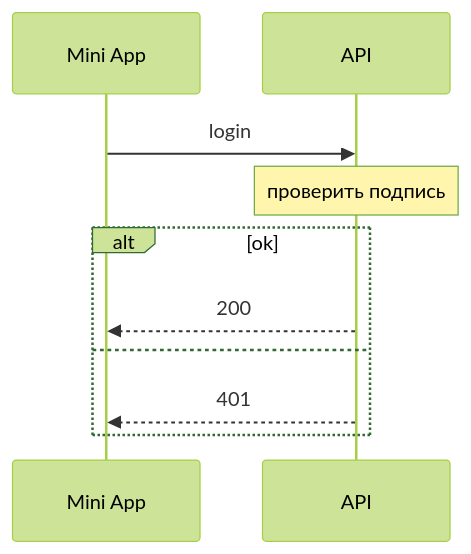
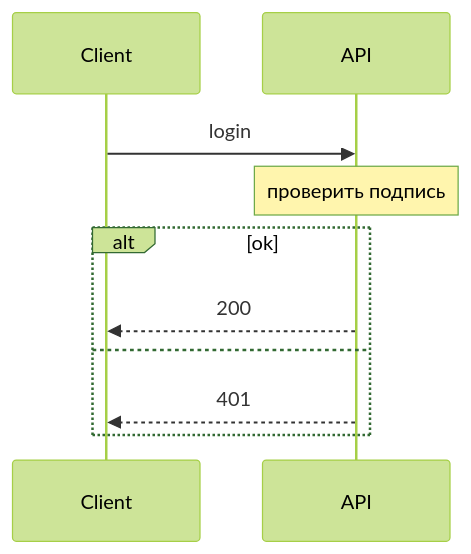
Before and after one commit to agb1964/mdpdf: the sixth of 9 diagrams in tests/fixtures/markdown/mermaid.md, drawn with Mermaid (forest theme). The commit also changed 11 other files, not shown here.

First line of the commit message:
feat: enhance Mermaid rendering and layout adjustments

````diff
--- a/tests/fixtures/markdown/mermaid.md
+++ b/tests/fixtures/markdown/mermaid.md
@@ -45,12 +45,12 @@
 ```mermaid
 sequenceDiagram
-    participant App as Mini App
+    participant App as Client
     participant API as API
     App->>API: login
     Note over API: проверить подпись
     alt ok
         API-->>App: 200
     else
         API-->>App: 401
     end
 ```
````
